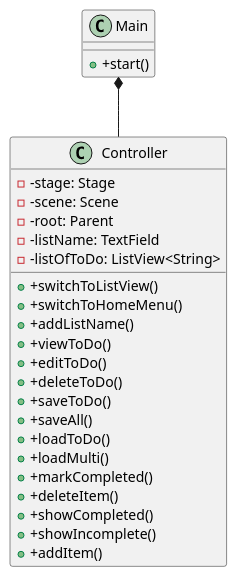
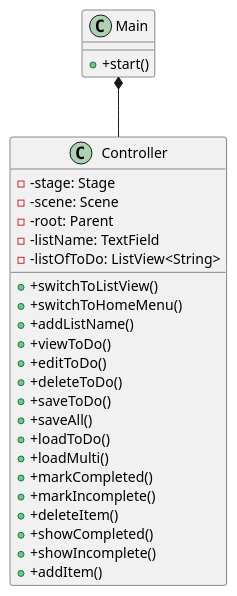
One commit to thachvo530/vo-cop3330-assignment4part2 changed the diagram in uml/classdiagram.puml. Above: the diagram before and after it, drawn with PlantUML. The commit also changed 9 other files, not shown here.

First line of the commit message:
Class diagram for part 2 finished, readme.md created and finished, added a method and button for marking incomplete items.

```diff
--- a/uml/classdiagram.puml
+++ b/uml/classdiagram.puml
@@ -1,36 +1,37 @@
 @startuml
 'https://plantuml.com/sequence-diagram
 
 class Main
 {
     + +start()
 
 }
 class Controller
 {
     - -stage: Stage
     - -scene: Scene
     - -root: Parent
     - -listName: TextField
     - -listOfToDo: ListView<String>
     + +switchToListView()
     + +switchToHomeMenu()
     + +addListName()
     + +viewToDo()
     + +editToDo()
     + +deleteToDo()
     + +saveToDo()
     + +saveAll()
     + +loadToDo()
     + +loadMulti()
     + +markCompleted()
+    + +markIncomplete()
     + +deleteItem()
     + +showCompleted()
     + +showIncomplete()
     + +addItem()
 }
 
 Main *-- Controller
 
 
 @enduml
```
